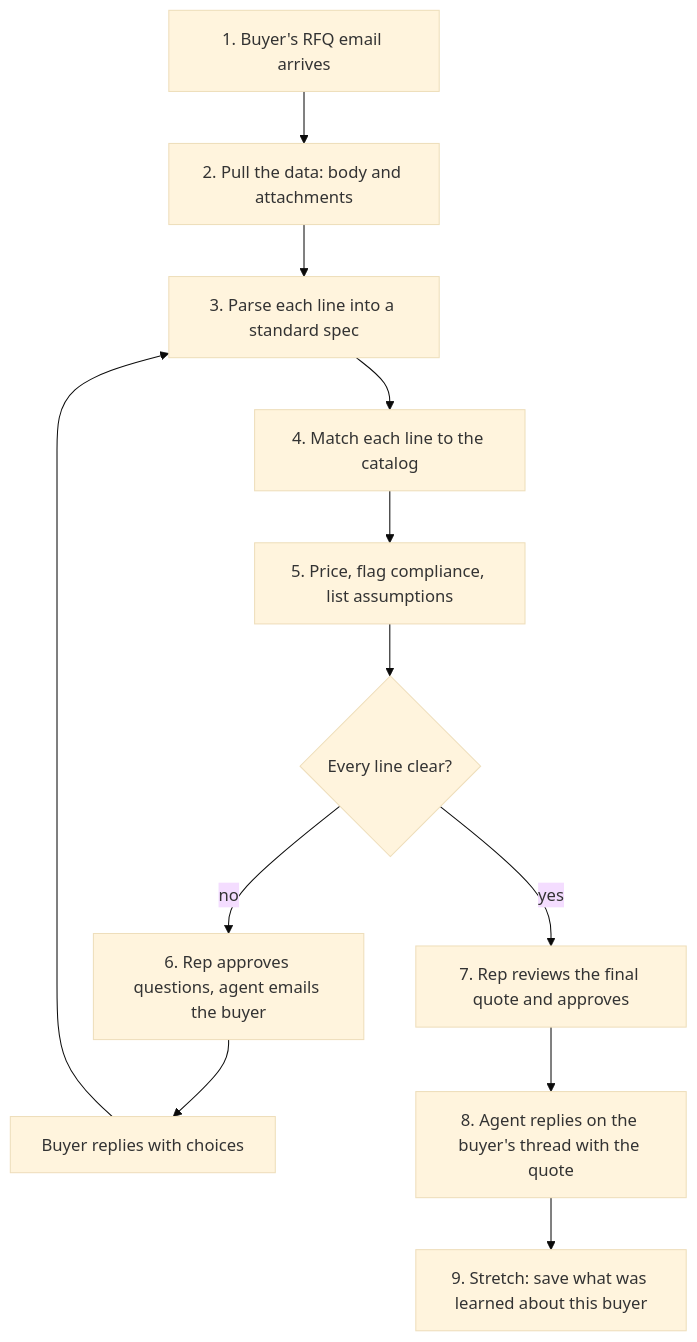
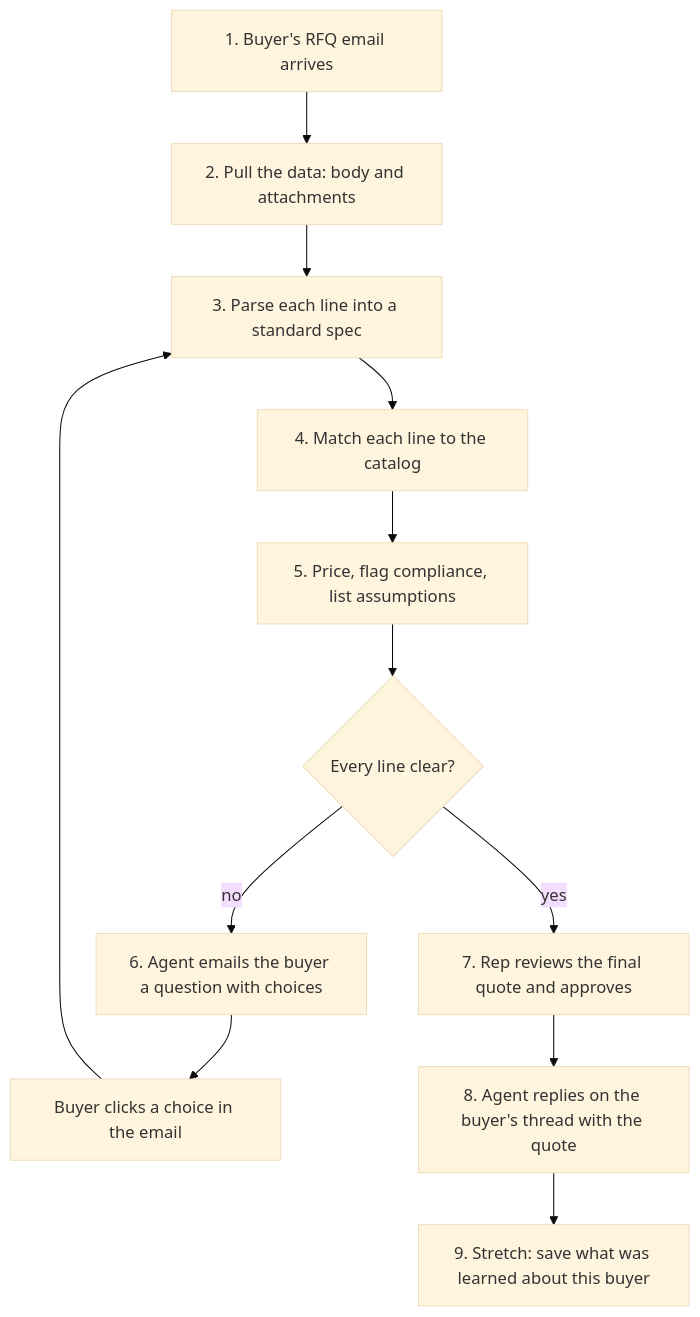
One commit to kenxle/columbia-startup-lab-get-hired-hack changed the diagram in docs/product/WORKFLOW.md. Above: the diagram before and after it, drawn with Mermaid (base theme). The commit also changed other lines of this file and 2 other files, not shown here.

Commit message:
Ken decides: confident questions auto-send, buyer answers by clicking in the email

````diff
--- a/docs/product/WORKFLOW.md
+++ b/docs/product/WORKFLOW.md
@@ -20,14 +18,14 @@
 ```mermaid
 flowchart TD
     A["1. Buyer's RFQ email arrives"] --> B["2. Pull the data: body and attachments"]
     B --> C["3. Parse each line into a standard spec"]
     C --> D["4. Match each line to the catalog"]
     D --> E["5. Price, flag compliance, list assumptions"]
     E --> F{"Every line clear?"}
-    F -- no --> G["6. Rep approves questions, agent emails the buyer"]
-    G --> H["Buyer replies with choices"]
+    F -- no --> G["6. Agent emails the buyer a question with choices"]
+    G --> H["Buyer clicks a choice in the email"]
     H --> C
     F -- yes --> I["7. Rep reviews the final quote and approves"]
     I --> J["8. Agent replies on the buyer's thread with the quote"]
     J --> K["9. Stretch: save what was learned about this buyer"]
 ```
````
